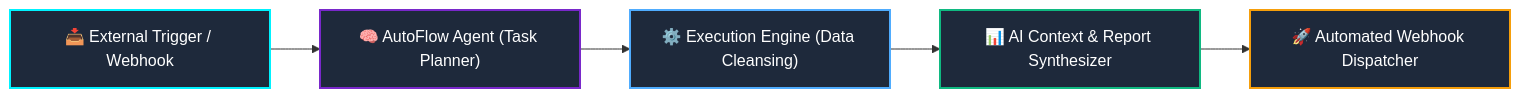
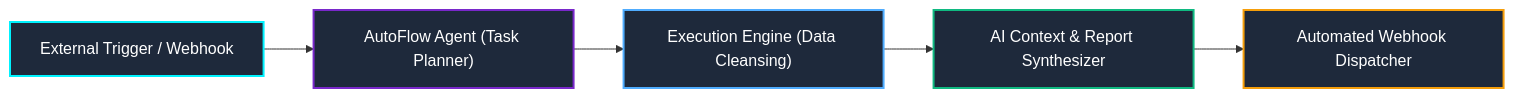
The diagram in README.md (sakilahammed-dev/autoflow-ai), drawn with Mermaid before and after one commit. The commit also changed other lines of this file, not shown here.

````diff
--- a/README.md
+++ b/README.md
@@ -35,13 +35,13 @@
 ```mermaid
 flowchart LR
-    A["📥 External Trigger / Webhook"] --> B["🧠 AutoFlow Agent (Task Planner)"]
-    B --> C["⚙️ Execution Engine (Data Cleansing)"]
-    C --> D["📊 AI Context & Report Synthesizer"]
-    D --> E["🚀 Automated Webhook Dispatcher"]
+    A["External Trigger / Webhook"] --> B["AutoFlow Agent (Task Planner)"]
+    B --> C["Execution Engine (Data Cleansing)"]
+    C --> D["AI Context & Report Synthesizer"]
+    D --> E["Automated Webhook Dispatcher"]
     
     style A fill:#1e293b,stroke:#00f2fe,stroke-width:2px,color:#fff
     style B fill:#1e293b,stroke:#7928ca,stroke-width:2px,color:#fff
     style C fill:#1e293b,stroke:#4facfe,stroke-width:2px,color:#fff
     style D fill:#1e293b,stroke:#10b981,stroke-width:2px,color:#fff
     style E fill:#1e293b,stroke:#f59e0b,stroke-width:2px,color:#fff
 ```
````
